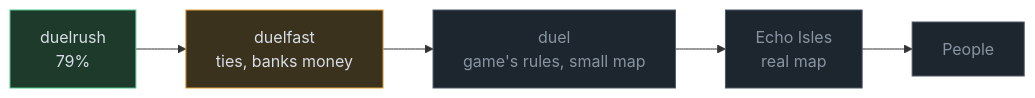
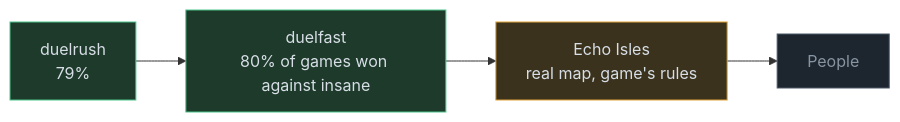
One commit to RobinKa/warcraftsim changed the diagram in docs/road-to-the-real-game.md. Above: the diagram before and after it, drawn with Mermaid. The commit also changed other lines of this file and 2 other files, not shown here.

First line of the commit message:
The duelfast milestone (80% of games won against insane, every matchup above the AI's record); toward Echo Isles: the plan, the map's frame, demonstrations collecting

````diff
--- a/docs/road-to-the-real-game.md
+++ b/docs/road-to-the-real-game.md
@@ -5,10 +5,9 @@
 ```mermaid
 flowchart LR
-  A["duelrush<br/>79%"]:::done --> B["duelfast<br/>ties, banks money"]:::now
-  B --> C["duel<br/>game's rules, small map"]:::todo
-  C --> D["Echo Isles<br/>real map"]:::todo
+  A["duelrush<br/>79%"]:::done --> B["duelfast<br/>80% of games won against insane"]:::done
+  B --> D["Echo Isles<br/>real map, game's rules"]:::now
   D --> P["People"]:::todo
   classDef done fill:#1d3a2a,stroke:#4cc38a,color:#d7dee6
   classDef now fill:#3a321d,stroke:#e0a33a,color:#d7dee6
   classDef todo fill:#1d252e,stroke:#4a5868,color:#8795a3
 ```
````
